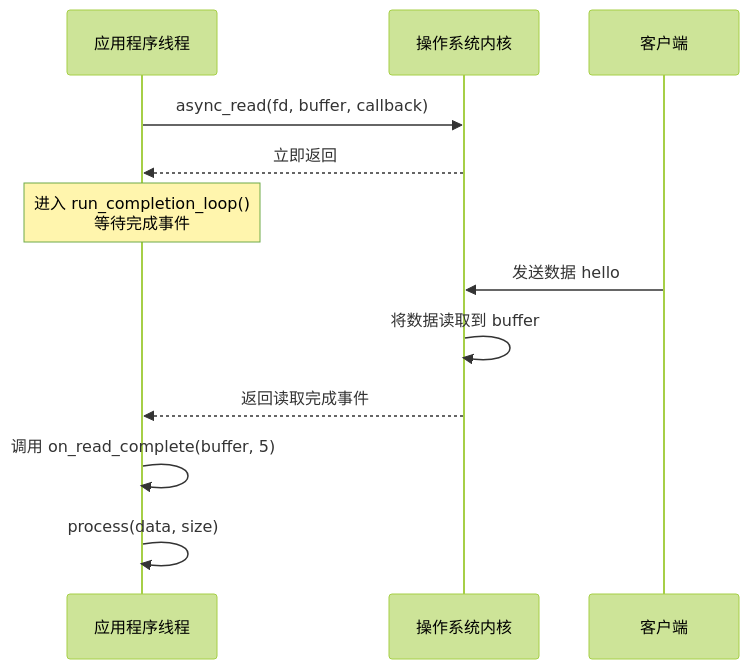
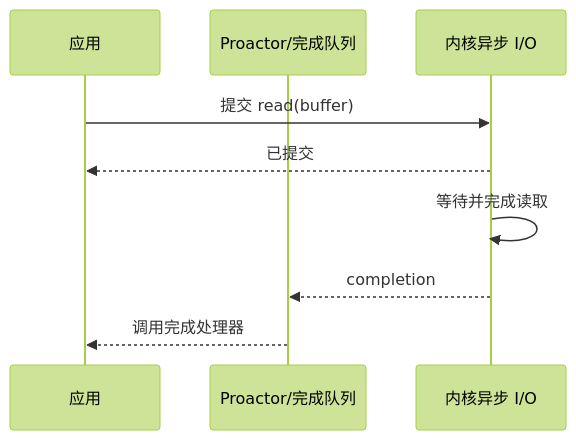
Diagram 19 of 36 in blog/os_review.md (Fizgrad/fizgrad.github.io), drawn with Mermaid (forest theme) before and after one commit. The commit also changed other lines of this file and 1 other file, not shown here.

````diff
--- a/blog/os_review.md
+++ b/blog/os_review.md
@@ -3445,18 +3610,12 @@
 ```mermaid
 sequenceDiagram
-    participant App as 应用程序线程
-    participant Kernel as 操作系统内核
-    participant Client as 客户端
+    participant App as 应用
+    participant P as Proactor/完成队列
+    participant OS as 内核异步 I/O
 
-    App->>Kernel: async_read(fd, buffer, callback)
-    Kernel-->>App: 立即返回
-
-    Note over App: 进入 run_completion_loop()<br/>等待完成事件
-
-    Client->>Kernel: 发送数据 hello
-    Kernel->>Kernel: 将数据读取到 buffer
-    Kernel-->>App: 返回读取完成事件
-
-    App->>App: 调用 on_read_complete(buffer, 5)
-    App->>App: process(data, size)
+    App->>OS: 提交 read(buffer)
+    OS-->>App: 已提交
+    OS->>OS: 等待并完成读取
+    OS-->>P: completion
+    P-->>App: 调用完成处理器
 ```
````
